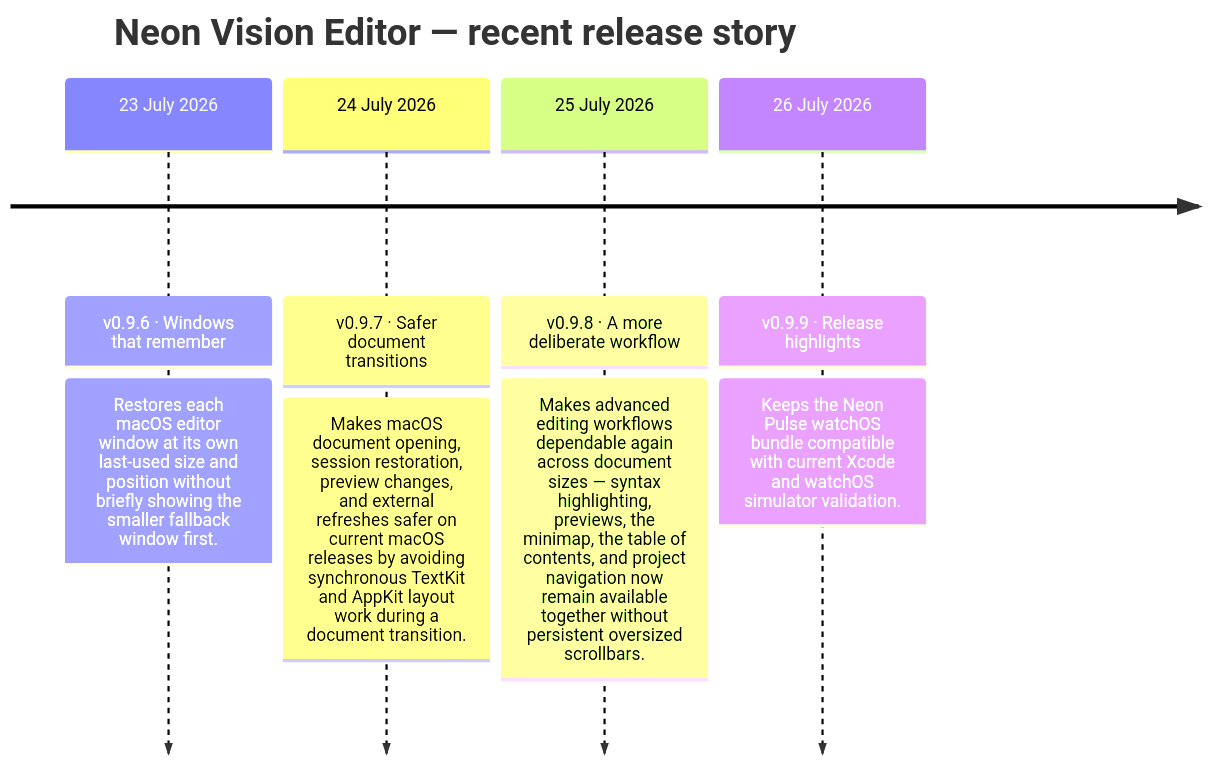
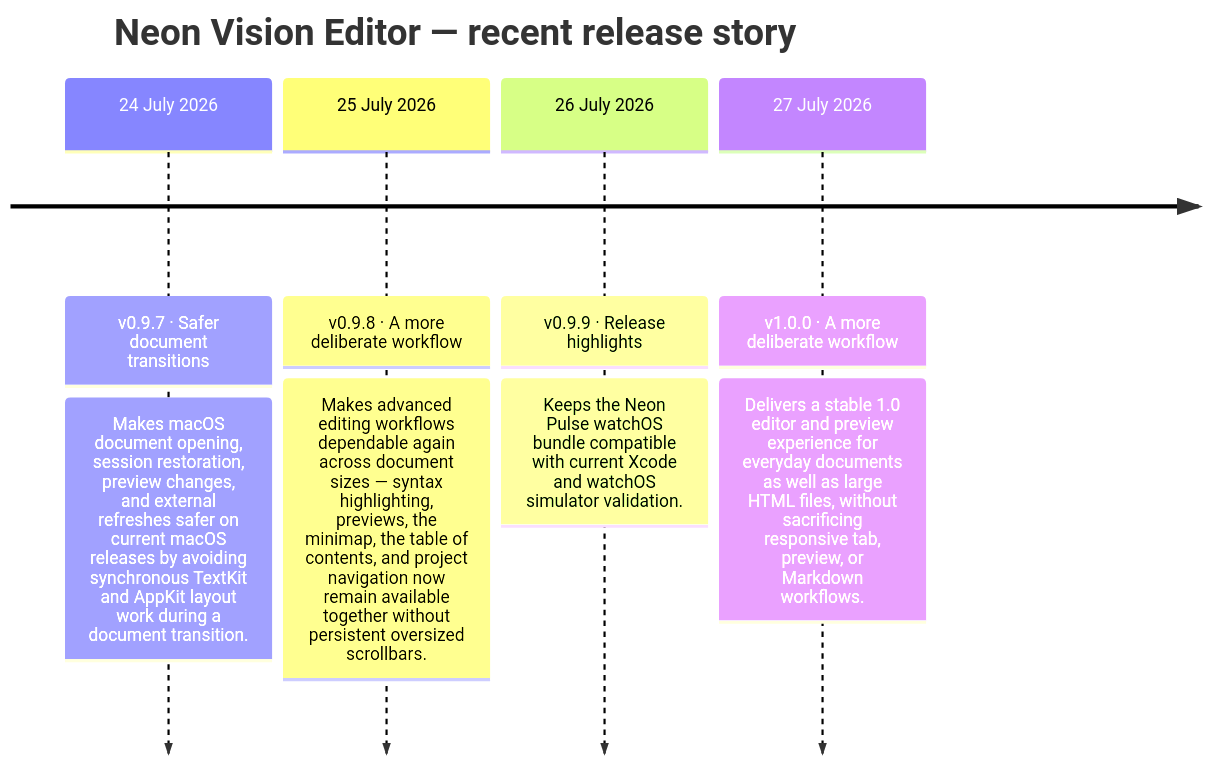
One commit to h3pdesign/Neon-Vision-Editor changed the second of 2 diagrams in README.md. Above: the diagram before and after it, drawn with Mermaid. The commit also changed other lines of this file and 5 other files, not shown here.

````diff
--- a/README.md
+++ b/README.md
@@ -768,12 +755,12 @@
 ```mermaid
 timeline
     title Neon Vision Editor — recent release story
-    23 July 2026 : v0.9.6 · Windows that remember
-                : Restores each macOS editor window at its own last-used size and position without briefly showing the smaller fallback window first.
     24 July 2026 : v0.9.7 · Safer document transitions
                 : Makes macOS document opening, session restoration, preview changes, and external refreshes safer on current macOS releases by avoiding synchronous TextKit and AppKit layout work during a document transition.
     25 July 2026 : v0.9.8 · A more deliberate workflow
                 : Makes advanced editing workflows dependable again across document sizes — syntax highlighting, previews, the minimap, the table of contents, and project navigation now remain available together without persistent oversized scrollbars.
     26 July 2026 : v0.9.9 · Release highlights
                 : Keeps the Neon Pulse watchOS bundle compatible with current Xcode and watchOS simulator validation.
+    27 July 2026 : v1.0.0 · A more deliberate workflow
+                : Delivers a stable 1.0 editor and preview experience for everyday documents as well as large HTML files, without sacrificing responsive tab, preview, or Markdown workflows.
 ```
````
